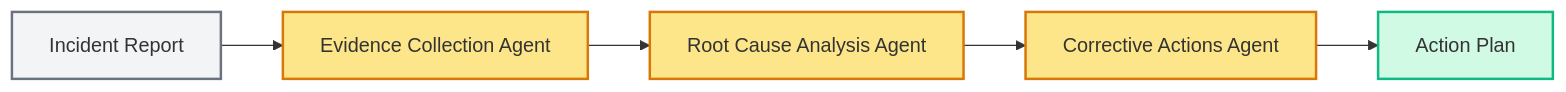
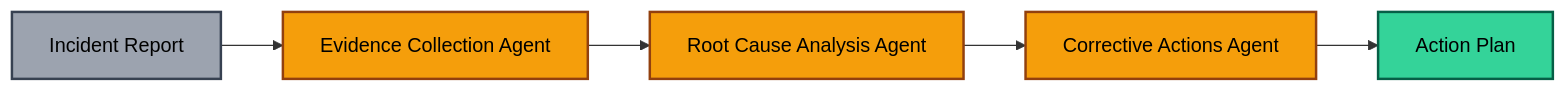
One commit to lraigosov/multi-agent changed the third of 3 diagrams in README.md. Above: the diagram before and after it, drawn with Mermaid. The commit also changed other lines of this file, not shown here.

Commit message:
style: Use darker colors for better text readability in diagrams

````diff
--- a/README.md
+++ b/README.md
@@ -602,13 +602,13 @@
 ```mermaid
 graph LR
     A[Incident Report] --> B[Evidence Collection Agent]
     B --> C[Root Cause Analysis Agent]
     C --> D[Corrective Actions Agent]
     D --> E[Action Plan]
     
-    style A fill:#f3f4f6,stroke:#6b7280,stroke-width:2px
-    style B fill:#fde68a,stroke:#d97706,stroke-width:2px
-    style C fill:#fde68a,stroke:#d97706,stroke-width:2px
-    style D fill:#fde68a,stroke:#d97706,stroke-width:2px
-    style E fill:#d1fae5,stroke:#10b981,stroke-width:2px
+    style A fill:#9ca3af,stroke:#374151,stroke-width:2px,color:#000
+    style B fill:#f59e0b,stroke:#92400e,stroke-width:2px,color:#000
+    style C fill:#f59e0b,stroke:#92400e,stroke-width:2px,color:#000
+    style D fill:#f59e0b,stroke:#92400e,stroke-width:2px,color:#000
+    style E fill:#34d399,stroke:#065f46,stroke-width:2px,color:#000
 ```
````
